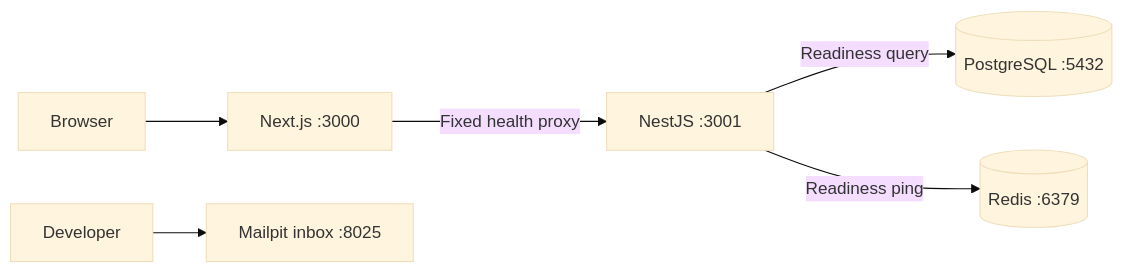
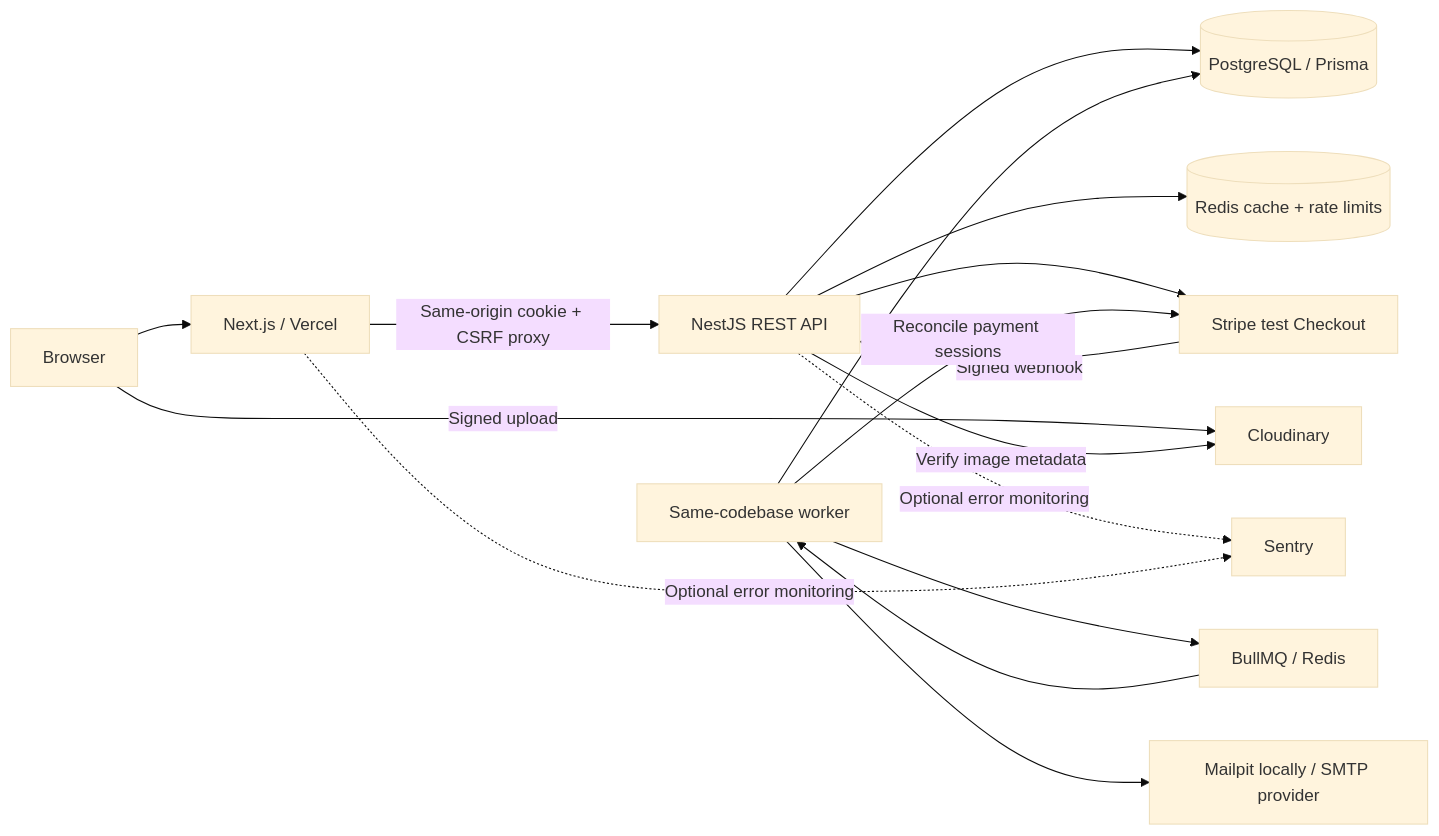
One commit to mohit716/CommerceCore changed the first of 2 diagrams in docs/architecture.md. Above: the diagram before and after it, drawn with Mermaid (base theme). The commit also changed other lines of this file and 101 other files, not shown here.

````diff
--- a/docs/architecture.md
+++ b/docs/architecture.md
@@ -7,8 +7,18 @@
 ```mermaid
 flowchart LR
-  Browser --> Web[Next.js :3000]
-  Web -->|Fixed health proxy| API[NestJS :3001]
-  API -->|Readiness query| Postgres[(PostgreSQL :5432)]
-  API -->|Readiness ping| Redis[(Redis :6379)]
-  Developer --> Mailpit[Mailpit inbox :8025]
+  Browser --> Web[Next.js / Vercel]
+  Web -->|Same-origin cookie + CSRF proxy| API[NestJS REST API]
+  API --> PG[(PostgreSQL / Prisma)]
+  API --> Redis[(Redis cache + rate limits)]
+  API --> Stripe[Stripe test Checkout]
+  Stripe -->|Signed webhook| API
+  Browser -->|Signed upload| Images[Cloudinary]
+  API -->|Verify image metadata| Images
+  Worker[Same-codebase worker] --> PG
+  Worker --> Queue[BullMQ / Redis]
+  Queue --> Worker
+  Worker --> SMTP[Mailpit locally / SMTP provider]
+  Worker -->|Reconcile payment sessions| Stripe
+  API -. Optional error monitoring .-> Sentry
+  Web -. Optional error monitoring .-> Sentry
 ```
````
